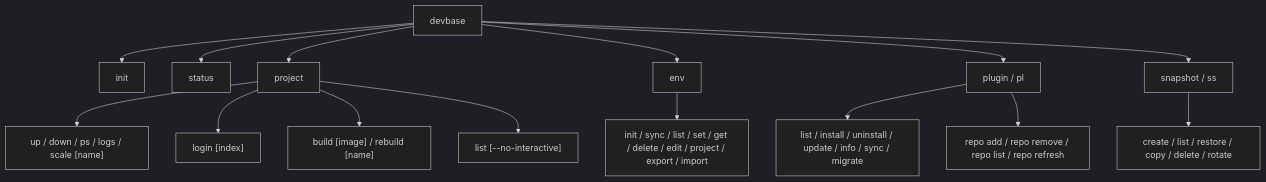
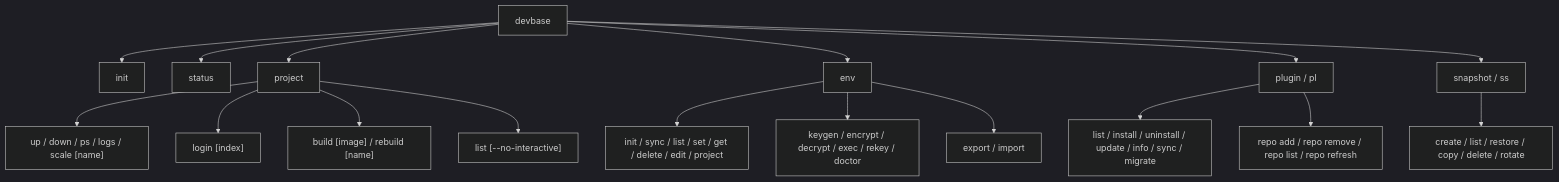
The diagram in docs/user/cli-reference/README.md (devbasex/devbase), drawn with Mermaid (dark theme) before and after one commit. The commit also changed other lines of this file and 45 other files, not shown here.

````diff
--- a/docs/user/cli-reference/README.md
+++ b/docs/user/cli-reference/README.md
@@ -17,17 +17,19 @@
 ```mermaid
 graph TD
     A[devbase] --> B[init]
     A --> C[status]
     A --> D[project]
     A --> E[env]
     A --> F[plugin / pl]
     A --> G[snapshot / ss]
     D --> D1["up / down / ps / logs / scale [name]"]
     D --> D3["login [index]"]
     D --> D4["build [image] / rebuild [name]"]
     D --> D2["list [--no-interactive]"]
-    E --> E1[init / sync / list / set / get / delete / edit / project / export / import]
+    E --> E1[init / sync / list / set / get / delete / edit / project]
+    E --> E2[keygen / encrypt / decrypt / exec / rekey / doctor]
+    E --> E3[export / import]
     F --> F1[list / install / uninstall / update / info / sync / migrate]
     F --> F2[repo add / repo remove / repo list / repo refresh]
     G --> G1[create / list / restore / copy / delete / rotate]
 ```
````
